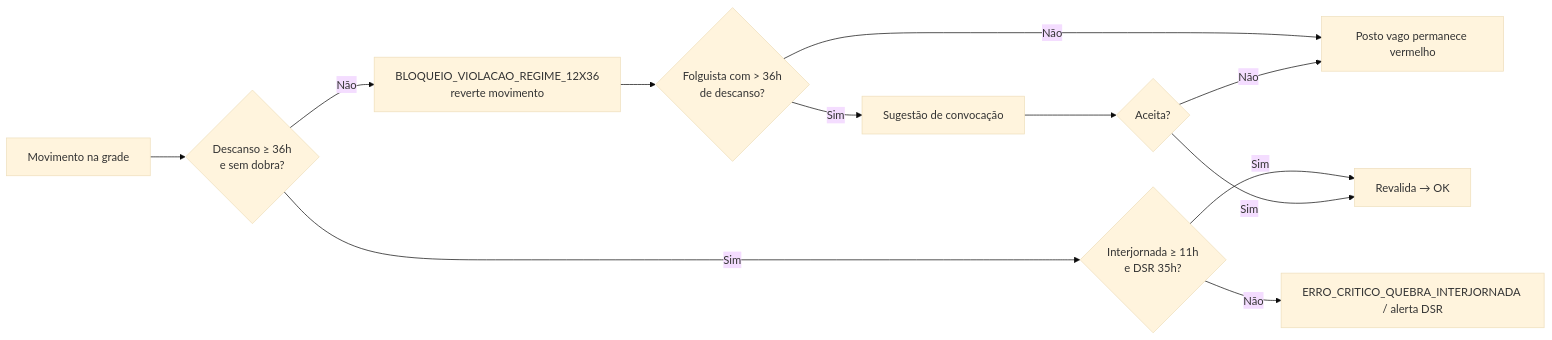
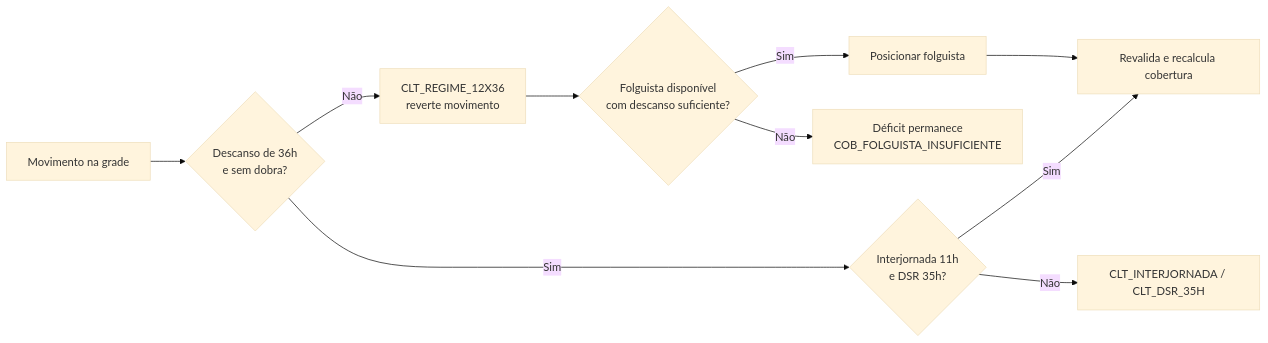
Before and after one commit to thgterto/Ferramentas-Web: the fifth of 7 diagrams in docs/simulador-escalas/03-fluxo-do-app.md, drawn with Mermaid (base theme). The commit also changed other lines of this file and 6 other files, not shown here.

First line of the commit message:
docs: revisão cruzada com foco em cobertura operacional

````diff
--- a/docs/simulador-escalas/03-fluxo-do-app.md
+++ b/docs/simulador-escalas/03-fluxo-do-app.md
@@ -272,13 +231,11 @@
 ```mermaid
 flowchart LR
-    A["Movimento na grade"] --> B{"Descanso ≥ 36h<br/>e sem dobra?"}
-    B -- Não --> C["BLOQUEIO_VIOLACAO_REGIME_12X36<br/>reverte movimento"]
-    C --> D{"Folguista com > 36h<br/>de descanso?"}
-    D -- Sim --> E["Sugestão de convocação"] --> F{"Aceita?"}
-    F -- Sim --> G["Revalida → OK"]
-    F -- Não --> H["Posto vago permanece vermelho"]
-    D -- Não --> H
-    B -- Sim --> I{"Interjornada ≥ 11h<br/>e DSR 35h?"}
-    I -- Não --> J["ERRO_CRITICO_QUEBRA_INTERJORNADA / alerta DSR"]
+    A["Movimento na grade"] --> B{"Descanso de 36h<br/>e sem dobra?"}
+    B -- Não --> C["CLT_REGIME_12X36<br/>reverte movimento"]
+    C --> D{"Folguista disponível<br/>com descanso suficiente?"}
+    D -- Sim --> E["Posicionar folguista"] --> G["Revalida e recalcula cobertura"]
+    D -- Não --> H["Déficit permanece<br/>COB_FOLGUISTA_INSUFICIENTE"]
+    B -- Sim --> I{"Interjornada 11h<br/>e DSR 35h?"}
+    I -- Não --> J["CLT_INTERJORNADA / CLT_DSR_35H"]
     I -- Sim --> G
 ```
````
